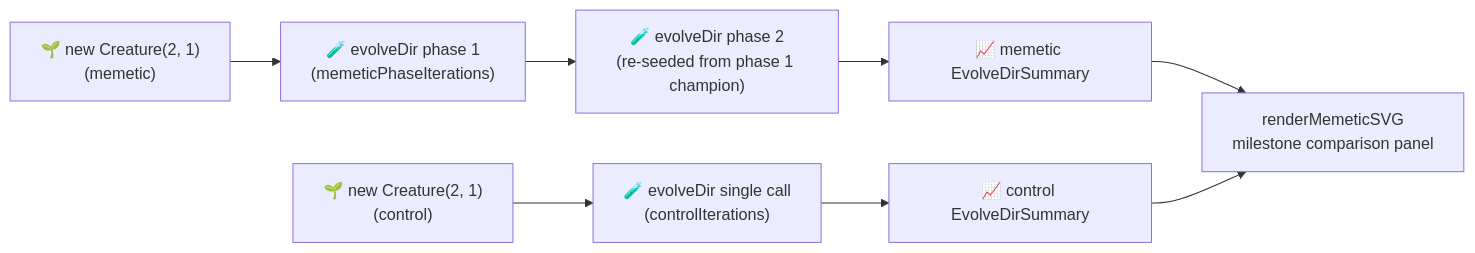
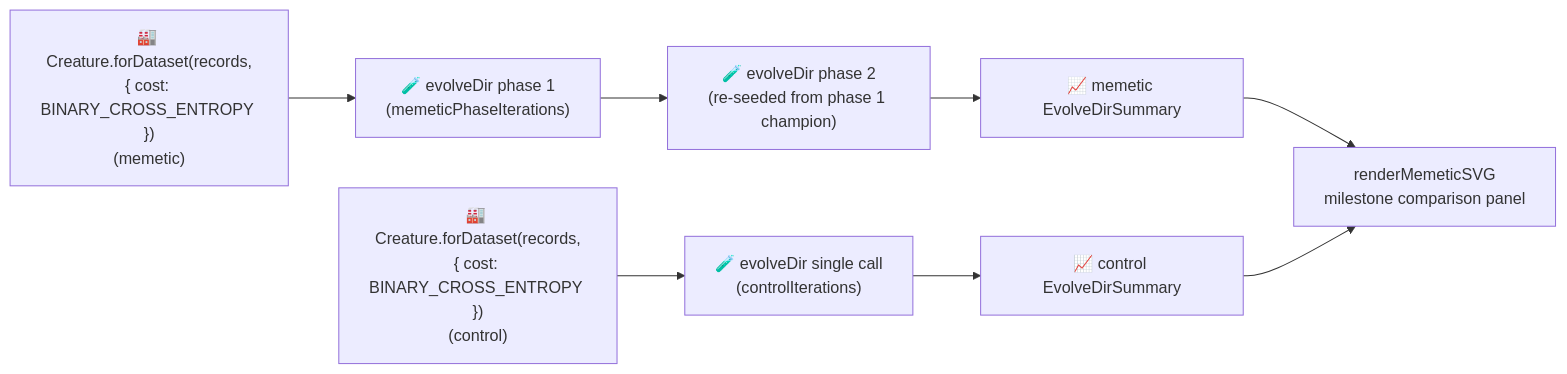
Before and after one commit to stSoftwareAU/NEAT-AI-Examples: the diagram in memetic_evolution/README.md, drawn with Mermaid. The commit also changed other lines of this file and 6 other files, not shown here.

````diff
--- a/memetic_evolution/README.md
+++ b/memetic_evolution/README.md
@@ -46,18 +58,18 @@
 ```mermaid
 flowchart LR
-    SEED_M["🌱 new Creature(2, 1)<br/>(memetic)"]
-    SEED_C["🌱 new Creature(2, 1)<br/>(control)"]
+    SEED_M["🏭 Creature.forDataset(records,<br/>{ cost: BINARY_CROSS_ENTROPY })<br/>(memetic)"]
+    SEED_C["🏭 Creature.forDataset(records,<br/>{ cost: BINARY_CROSS_ENTROPY })<br/>(control)"]
     P1["🧪 evolveDir phase 1<br/>(memeticPhaseIterations)"]
     P2["🧪 evolveDir phase 2<br/>(re-seeded from phase 1 champion)"]
     CTL["🧪 evolveDir single call<br/>(controlIterations)"]
     SUMM["📈 memetic EvolveDirSummary"]
     SUMC["📈 control EvolveDirSummary"]
     SVG["renderMemeticSVG<br/>milestone comparison panel"]
     SEED_M --> P1
     P1 --> P2
     P2 --> SUMM
     SEED_C --> CTL
     CTL --> SUMC
     SUMM --> SVG
     SUMC --> SVG
 ```
````
